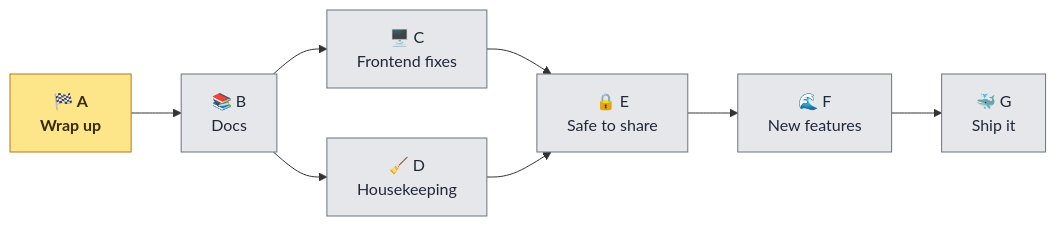
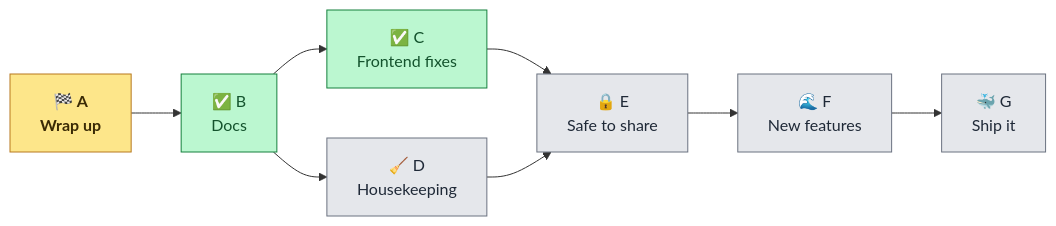
One commit to anurag-joshi-1403/Multi-Agent-AI-Platform changed the second of 8 diagrams in TASKS.md. Above: the diagram before and after it, drawn with Mermaid. The commit also changed other lines of this file and 2 other files, not shown here.

First line of the commit message:
docs(tasks): mark B1-B6 done

````diff
--- a/TASKS.md
+++ b/TASKS.md
@@ -71,12 +71,14 @@
 ```mermaid
 flowchart LR
     classDef now fill:#fde68a,stroke:#b7791f,color:#3a2a05,font-weight:bold
     classDef later fill:#e5e7eb,stroke:#6b7280,color:#1f2937
-    A["🏁 A<br/>Wrap up"] --> B["📚 B<br/>Docs"] --> C["🖥️ C<br/>Frontend fixes"]
+    classDef done fill:#bbf7d0,stroke:#15803d,color:#14532d
+    A["🏁 A<br/>Wrap up"] --> B["✅ B<br/>Docs"] --> C["✅ C<br/>Frontend fixes"]
     B --> D["🧹 D<br/>Housekeeping"]
     C --> E["🔒 E<br/>Safe to share"]
     D --> E
     E --> F["🌊 F<br/>New features"] --> G["🐳 G<br/>Ship it"]
     class A now
-    class B,C,D,E,F,G later
+    class B,C done
+    class D,E,F,G later
 ```
````
